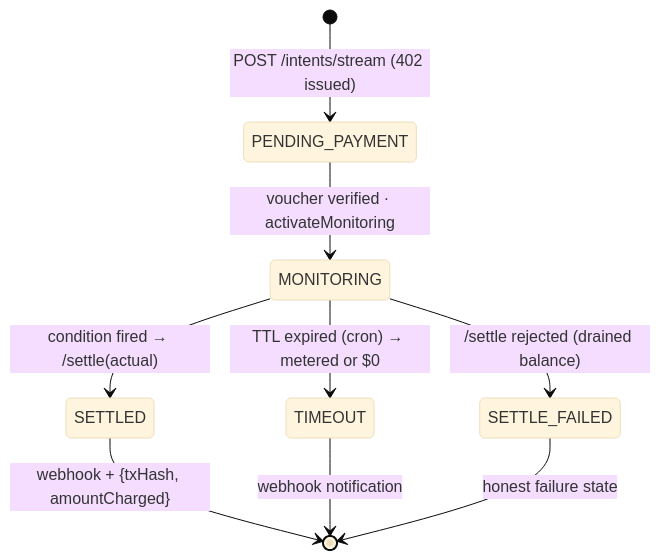
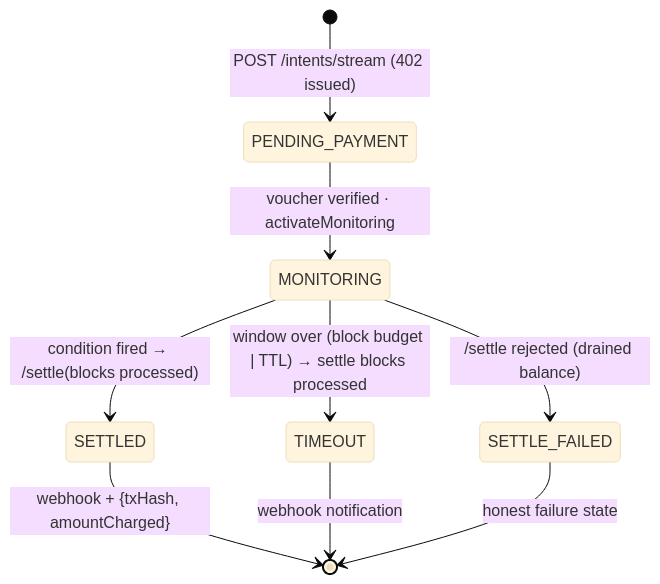
The third of 3 diagrams in README.md (roderickhodgson/AgentTether), drawn with Mermaid (base theme) before and after one commit. The commit also changed other lines of this file and 1 other file, not shown here.

Commit message:
sweep readme and agents notes for the per-block model

````diff
--- a/README.md
+++ b/README.md
@@ -110,11 +110,11 @@
 ```mermaid
 stateDiagram-v2
     [*] --> PENDING_PAYMENT: POST /intents/stream (402 issued)
     PENDING_PAYMENT --> MONITORING: voucher verified · activateMonitoring
-    MONITORING --> SETTLED: condition fired → /settle(actual)
-    MONITORING --> TIMEOUT: TTL expired (cron) → metered or $0
+    MONITORING --> SETTLED: condition fired → /settle(blocks processed)
+    MONITORING --> TIMEOUT: window over (block budget | TTL) → settle blocks processed
     MONITORING --> SETTLE_FAILED: /settle rejected (drained balance)
     SETTLED --> [*]: webhook + {txHash, amountCharged}
     TIMEOUT --> [*]: webhook notification
     SETTLE_FAILED --> [*]: honest failure state
 ```
````
